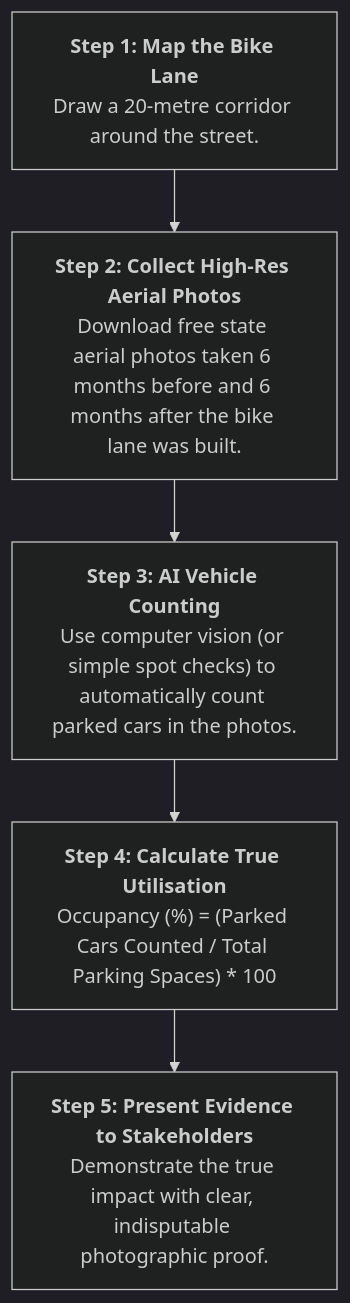
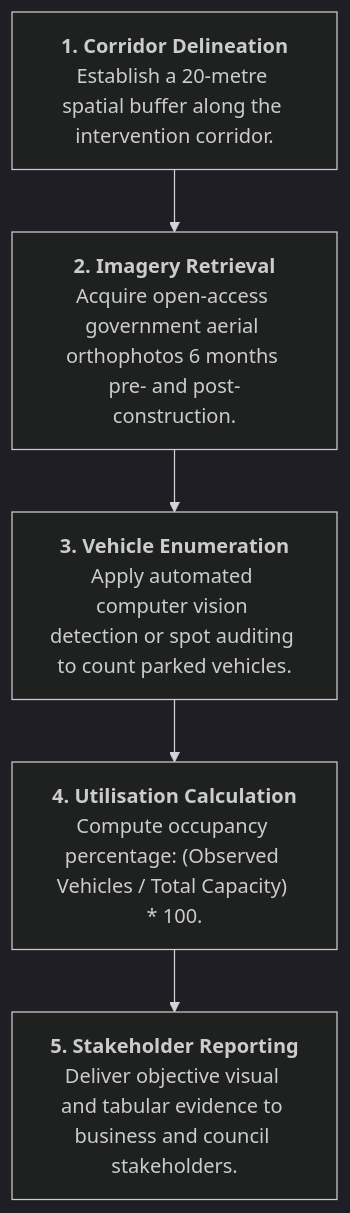
Before and after one commit to rooien/urban-analysis: the sixth of 6 diagrams in team_b/PARKING_UTILISATION_INSIGHTS.md, drawn with Mermaid (dark theme). The commit also changed other lines of this file, not shown here.

````diff
--- a/team_b/PARKING_UTILISATION_INSIGHTS.md
+++ b/team_b/PARKING_UTILISATION_INSIGHTS.md
@@ -262,7 +242,7 @@
 ```mermaid
 flowchart TD
-    Step1["<b>Step 1: Map the Bike Lane</b><br/>Draw a 20-metre corridor around the street."] --> Step2["<b>Step 2: Collect High-Res Aerial Photos</b><br/>Download free state aerial photos taken 6 months before and 6 months after the bike lane was built."]
-    Step2 --> Step3["<b>Step 3: AI Vehicle Counting</b><br/>Use computer vision (or simple spot checks) to automatically count parked cars in the photos."]
-    Step3 --> Step4["<b>Step 4: Calculate True Utilisation</b><br/>Occupancy (%) = (Parked Cars Counted / Total Parking Spaces) * 100"]
-    Step4 --> Step5["<b>Step 5: Present Evidence to Stakeholders</b><br/>Demonstrate the true impact with clear, indisputable photographic proof."]
+    Step1["<b>1. Corridor Delineation</b><br/>Establish a 20-metre spatial buffer along the intervention corridor."] --> Step2["<b>2. Imagery Retrieval</b><br/>Acquire open-access government aerial orthophotos 6 months pre- and post-construction."]
+    Step2 --> Step3["<b>3. Vehicle Enumeration</b><br/>Apply automated computer vision detection or spot auditing to count parked vehicles."]
+    Step3 --> Step4["<b>4. Utilisation Calculation</b><br/>Compute occupancy percentage: (Observed Vehicles / Total Capacity) * 100."]
+    Step4 --> Step5["<b>5. Stakeholder Reporting</b><br/>Deliver objective visual and tabular evidence to business and council stakeholders."]
 ```
````
